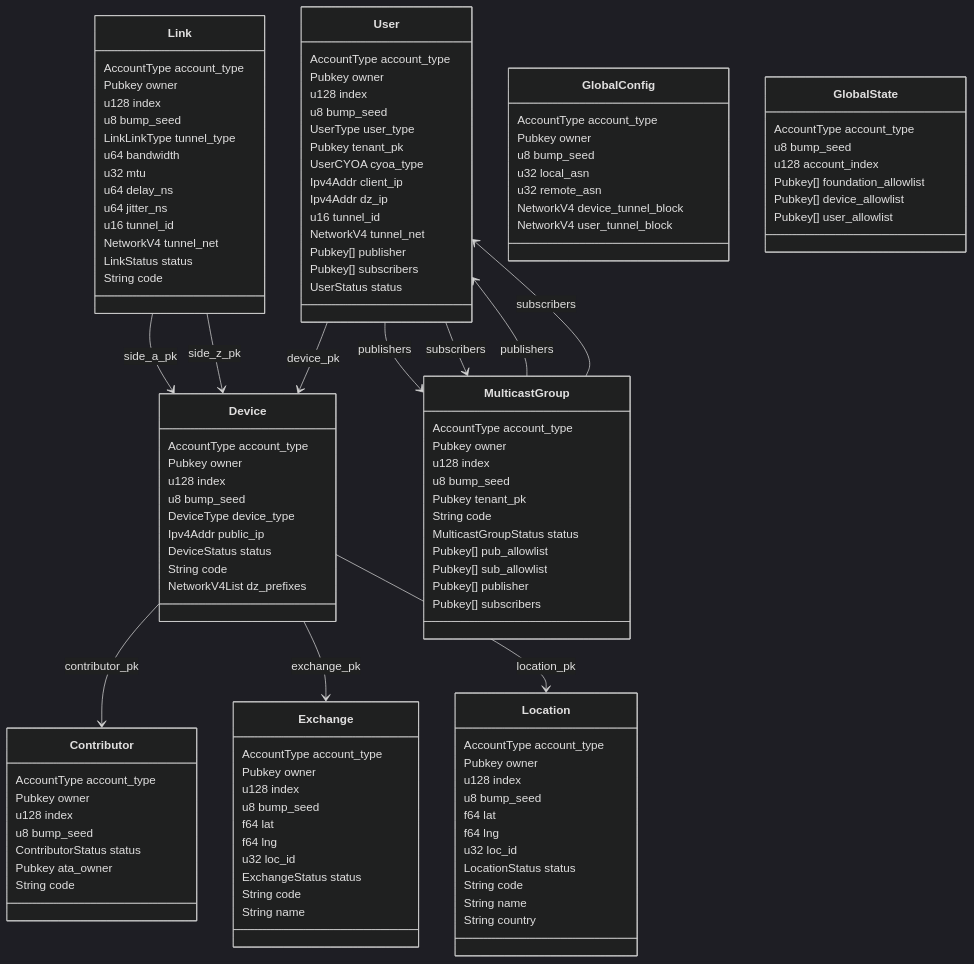
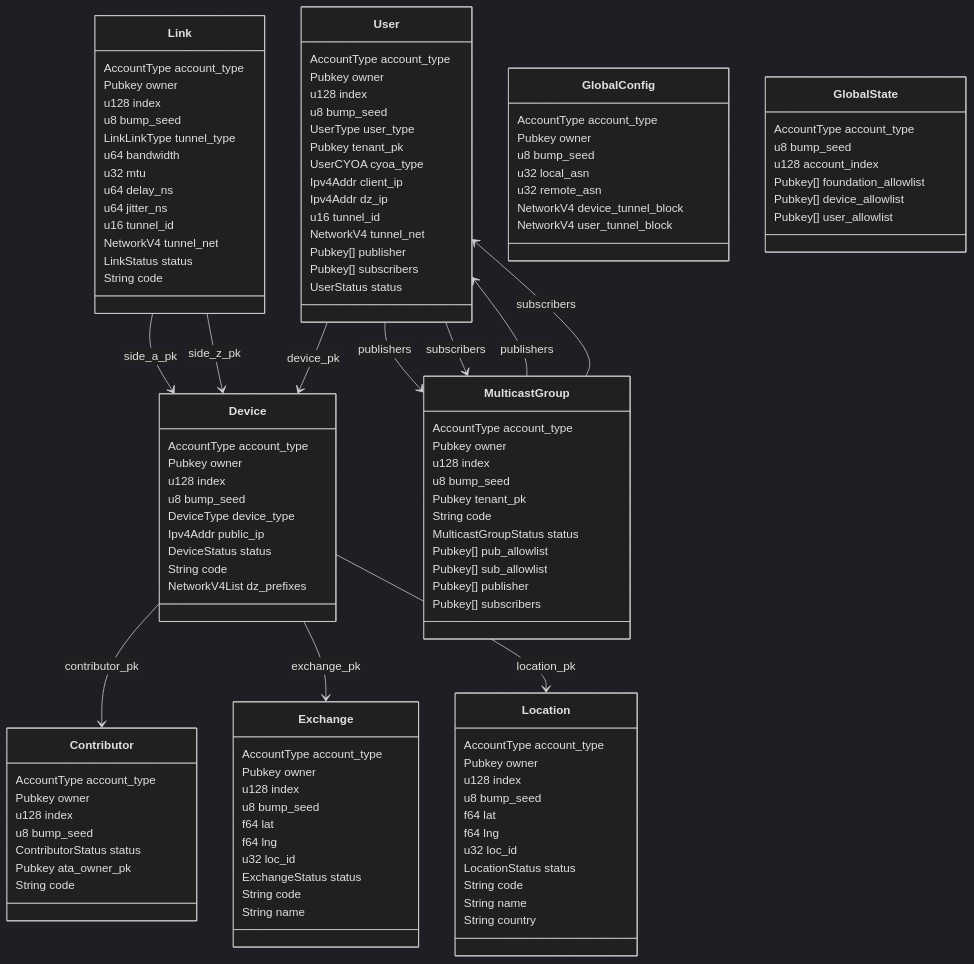
One commit to malbeclabs/doublezero changed the first of 8 diagrams in smartcontract/programs/doublezero-serviceability/README.md. Above: the diagram before and after it, drawn with Mermaid (dark theme). The commit also changed other lines of this file and 2 other files, not shown here.

```diff
--- a/smartcontract/programs/doublezero-serviceability/README.md
+++ b/smartcontract/programs/doublezero-serviceability/README.md
@@ -59,7 +59,7 @@
         u128 index
         u8 bump_seed
         ContributorStatus status
-        Pubkey ata_owner
+        Pubkey ata_owner_pk
         String code
     }
     class Device {
```
